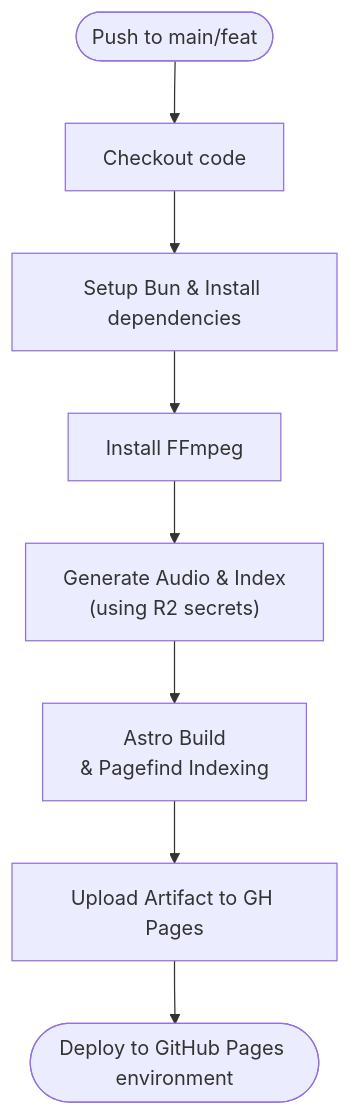
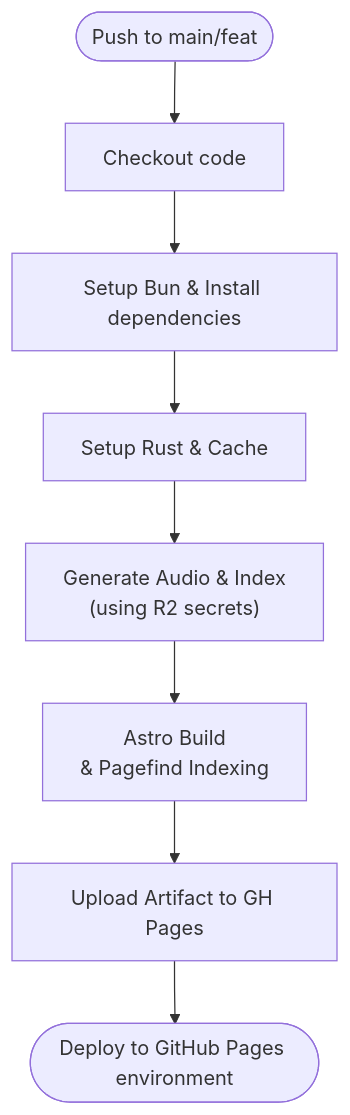
One commit to rgaidot/hnpaper-news changed the fourth of 4 diagrams in README.md. Above: the diagram before and after it, drawn with Mermaid. The commit also changed other lines of this file and 4 other files, not shown here.

Commit message:
refactor(audio): migrate TTS generation to Voxify (Rust CLI)

````diff
--- a/README.md
+++ b/README.md
@@ -109,10 +106,10 @@
 ```mermaid
 flowchart TD
   Push([Push to main/feat]) --> Checkout[Checkout code]
   Checkout --> SetupBun[Setup Bun & Install dependencies]
-  SetupBun --> SetupFFmpeg[Install FFmpeg]
-  SetupFFmpeg --> GenAudio["Generate Audio & Index<br/>(using R2 secrets)"]
+  SetupBun --> SetupRust[Setup Rust & Cache]
+  SetupRust --> GenAudio["Generate Audio & Index<br/>(using R2 secrets)"]
   GenAudio --> AstroBuild["Astro Build<br/>& Pagefind Indexing"]
   AstroBuild --> UploadArtifact[Upload Artifact to GH Pages]
   UploadArtifact --> Deploy([Deploy to GitHub Pages environment])
 ```
````
